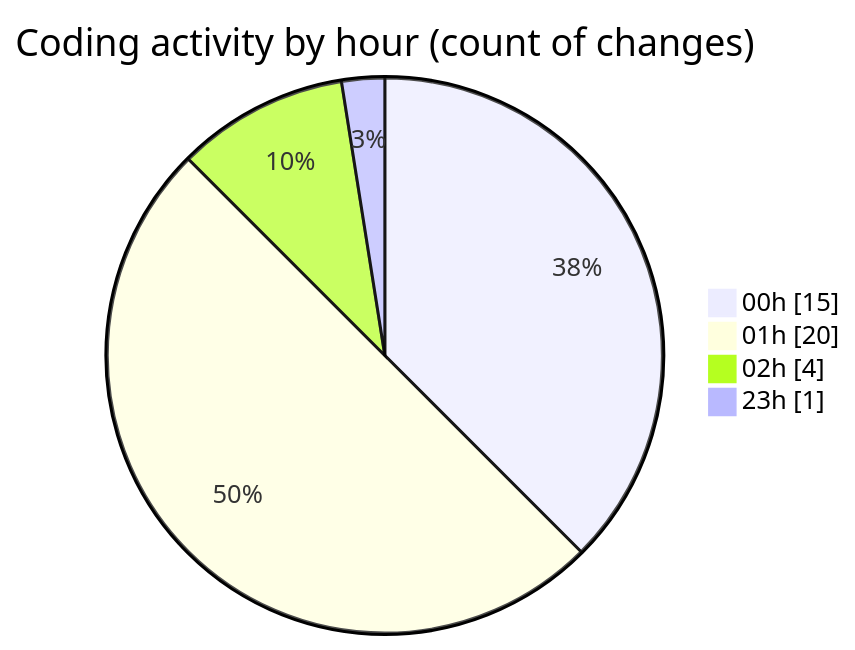
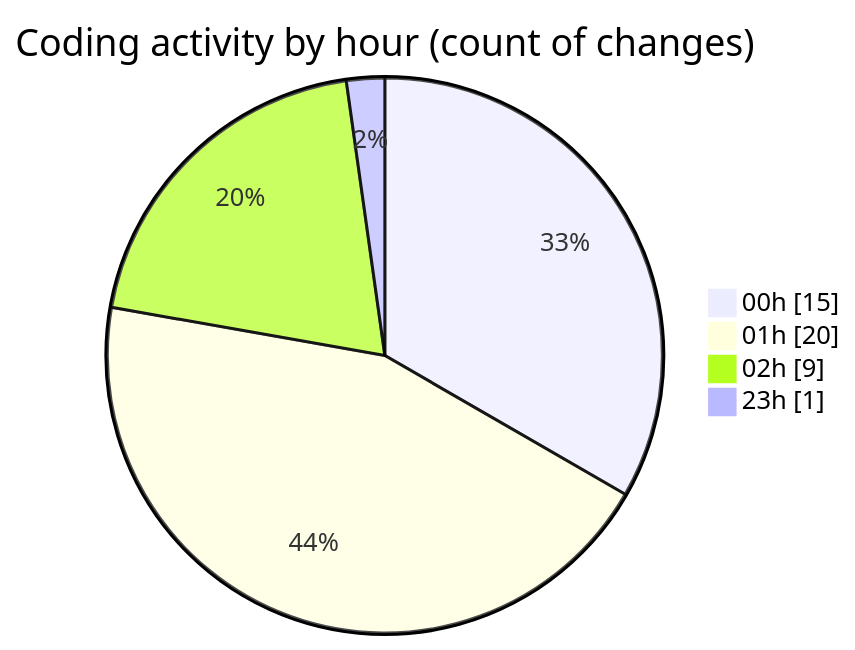
Before and after one commit to lephambinh05/code-tracking: the second of 2 diagrams in 2025-08-04/studybuddy/README.md, drawn with Mermaid. The commit also changed other lines of this file and 1 other file, not shown here.

````diff
--- a/2025-08-04/studybuddy/README.md
+++ b/2025-08-04/studybuddy/README.md
@@ -43,8 +45,8 @@
 ```mermaid
 pie showData
 title Coding activity by hour (count of changes)
 "00h" : 15
 "01h" : 20
-"02h" : 4
+"02h" : 9
 "23h" : 1
 ```
````
